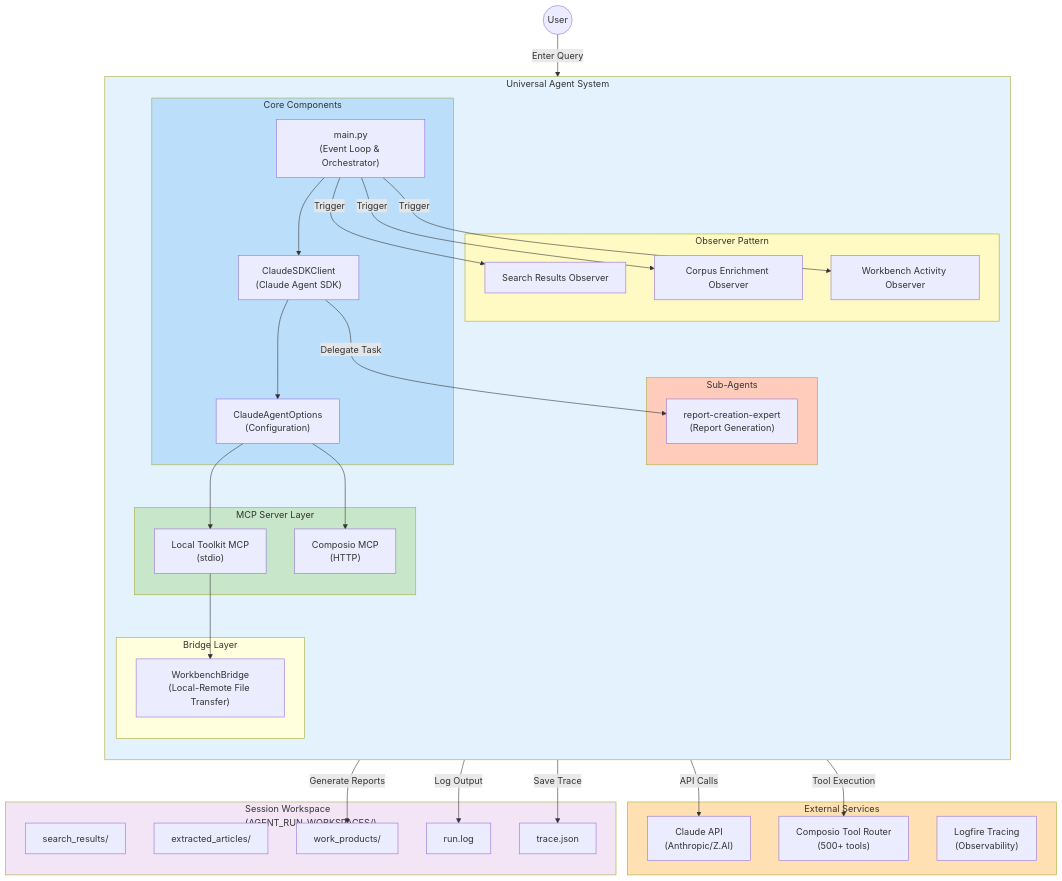
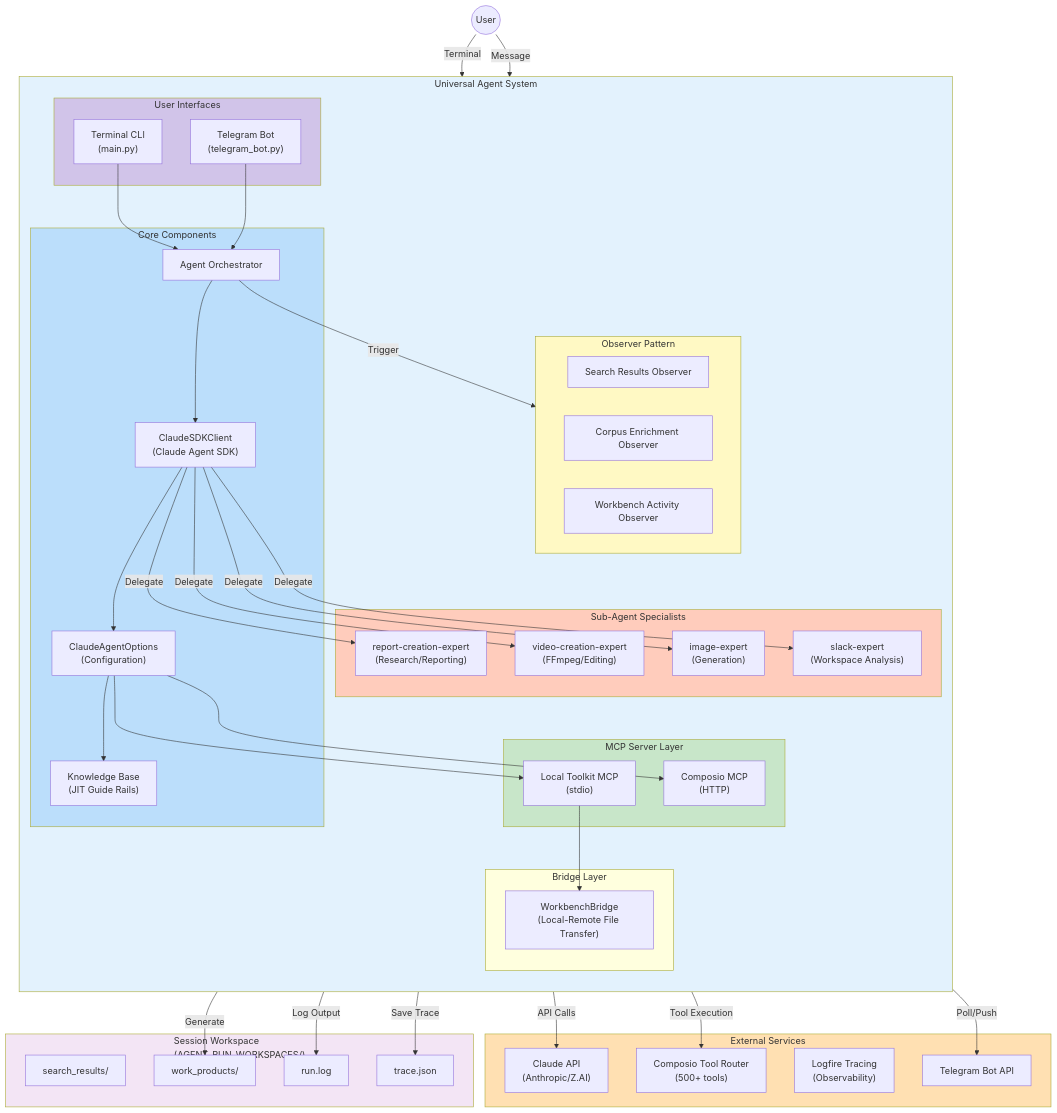
Before and after one commit to Kjdragan/universal_agent: the first of 3 diagrams in Project_Documentation/Architecture/01_overall_system_architecture.md, drawn with Mermaid. The commit also changed other lines of this file and 7 other files, not shown here.

Commit message:
feat: Add Railway deployment plan, Telegram integration, and JIT delegation guide rail architecture documentation, and update project context.

````diff
--- a/Project_Documentation/Architecture/01_overall_system_architecture.md
+++ b/Project_Documentation/Architecture/01_overall_system_architecture.md
@@ -47,19 +48,29 @@
         ClaudeAPI["Claude API<br/>(Anthropic/Z.AI)"]
         ComposioAPI["Composio Tool Router<br/>(500+ tools)"]
         LogfireAPI["Logfire Tracing<br/>(Observability)"]
+        TelegramAPI["Telegram Bot API"]
     end
 
     subgraph UniversalAgent["Universal Agent System"]
         direction TB
 
+        subgraph Interfaces["User Interfaces"]
+            CLI["Terminal CLI<br/>(main.py)"]
+            TGBot["Telegram Bot<br/>(telegram_bot.py)"]
+        end
+
         subgraph Core["Core Components"]
-            Main["main.py<br/>(Event Loop & Orchestrator)"]
+            Orchestrator["Agent Orchestrator"]
             Client["ClaudeSDKClient<br/>(Claude Agent SDK)"]
             Options["ClaudeAgentOptions<br/>(Configuration)"]
+            KB["Knowledge Base<br/>(JIT Guide Rails)"]
         end
 
-        subgraph SubAgents["Sub-Agents"]
-            ReportExpert["report-creation-expert<br/>(Report Generation)"]
+        subgraph SubAgents["Sub-Agent Specialists"]
+            ReportExpert["report-creation-expert<br/>(Research/Reporting)"]
+            VideoExpert["video-creation-expert<br/>(FFmpeg/Editing)"]
+            ImageExpert["image-expert<br/>(Generation)"]
+            SlackExpert["slack-expert<br/>(Workspace Analysis)"]
         end
 
         subgraph Observers["Observer Pattern"]
@@ -80,33 +91,39 @@
 
     subgraph Workspace["Session Workspace<br/>(AGENT_RUN_WORKSPACES/)"]
         SearchResults["search_results/"]
-        ExtractedArticles["extracted_articles/"]
         WorkProducts["work_products/"]
         RunLog["run.log"]
         TraceJSON["trace.json"]
     end
 
-    User(("User")) -->|"Enter Query"| Main
+    User(("User")) -->|"Terminal"| CLI
+    User -->|"Message"| TGBot
 
-    Main --> Client
+    CLI --> Orchestrator
+    TGBot --> Orchestrator
+
+    Orchestrator --> Client
     Client --> Options
+    Options --> KB
     Options --> LocalMCP
     Options --> ComposioMCP
 
-    Client -->|"Delegate Task"| ReportExpert
+    Client -->|"Delegate"| ReportExpert
+    Client -->|"Delegate"| VideoExpert
+    Client -->|"Delegate"| ImageExpert
+    Client -->|"Delegate"| SlackExpert
 
-    Main -->|"Trigger"| SearchObs
-    Main -->|"Trigger"| CorpusObs
-    Main -->|"Trigger"| WorkbenchObs
+    Orchestrator -->|"Trigger"| Observers
 
     LocalMCP --> WorkbenchBridge
 
     Client -->|"API Calls"| ClaudeAPI
     ComposioMCP -->|"Tool Execution"| ComposioAPI
+    TGBot -->|"Poll/Push"| TelegramAPI
 
-    ReportExpert -->|"Generate Reports"| WorkProducts
-    Main -->|"Log Output"| RunLog
-    Main -->|"Save Trace"| TraceJSON
+    SubAgents -->|"Generate"| WorkProducts
+    Orchestrator -->|"Log Output"| RunLog
+    Orchestrator -->|"Save Trace"| TraceJSON
 
     style UniversalAgent fill:#e3f2fd
     style Core fill:#bbdefb
@@ -115,4 +132,5 @@
     style SubAgents fill:#ffccbc
     style Workspace fill:#f3e5f5
     style External fill:#ffe0b2
+    style Interfaces fill:#d1c4e9
 ```
````
